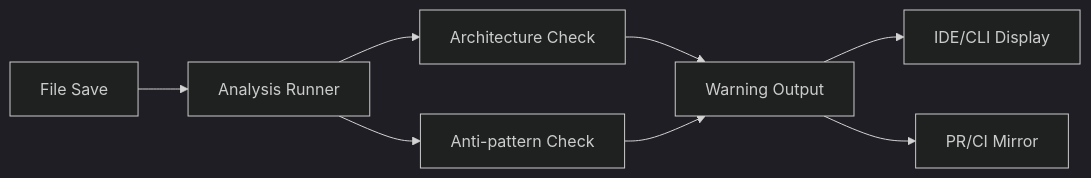
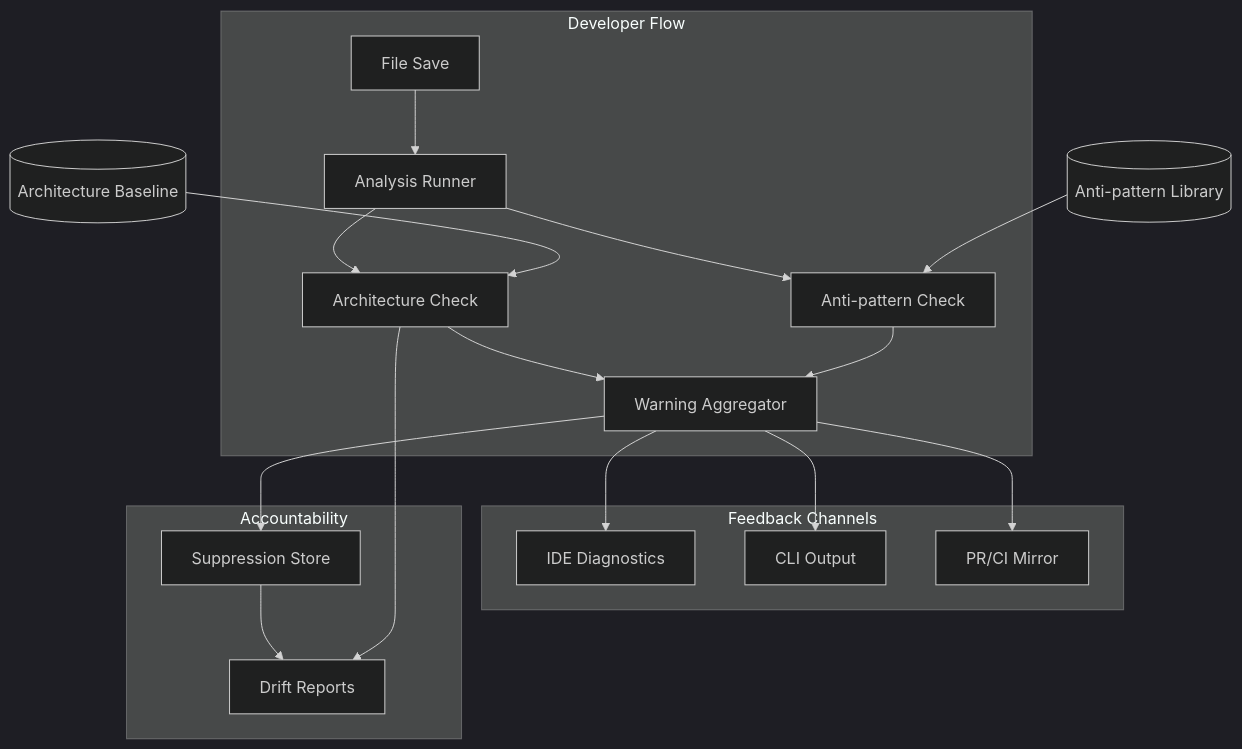
One commit to eddacraft/eddacraft-tui changed the diagram in plans/index.aps.md. Above: the diagram before and after it, drawn with Mermaid (dark theme). The commit also changed other lines of this file and 7 other files, not shown here.

Commit message:
feat: Adds planless analysis in GateRunner with tests, and introduces ADR docs plus expanded plans/index.aps.md.

````diff
--- a/plans/index.aps.md
+++ b/plans/index.aps.md
@@ -36,10 +57,25 @@
 ```mermaid
-graph LR
-    SAVE[File Save] --> RUNNER[Analysis Runner]
-    RUNNER --> ARCH[Architecture Check]
-    RUNNER --> ANTI[Anti-pattern Check]
-    ARCH --> WARN[Warning Output]
-    ANTI --> WARN
-    WARN --> IDE[IDE/CLI Display]
-    WARN --> CI[PR/CI Mirror]
+graph TD
+    subgraph "Developer Flow"
+        SAVE[File Save] --> RUNNER[Analysis Runner]
+        RUNNER --> ARCH[Architecture Check]
+        RUNNER --> ANTI[Anti-pattern Check]
+        ARCH --> WARN[Warning Aggregator]
+        ANTI --> WARN
+    end
+
+    subgraph "Feedback Channels"
+        WARN --> IDE[IDE Diagnostics]
+        WARN --> CLI[CLI Output]
+        WARN --> CI[PR/CI Mirror]
+    end
+
+    subgraph "Accountability"
+        WARN --> SUPP[Suppression Store]
+        SUPP --> DRIFT[Drift Reports]
+        ARCH --> DRIFT
+    end
+
+    BASELINE[(Architecture Baseline)] --> ARCH
+    PATTERNS[(Anti-pattern Library)] --> ANTI
 ```
````
